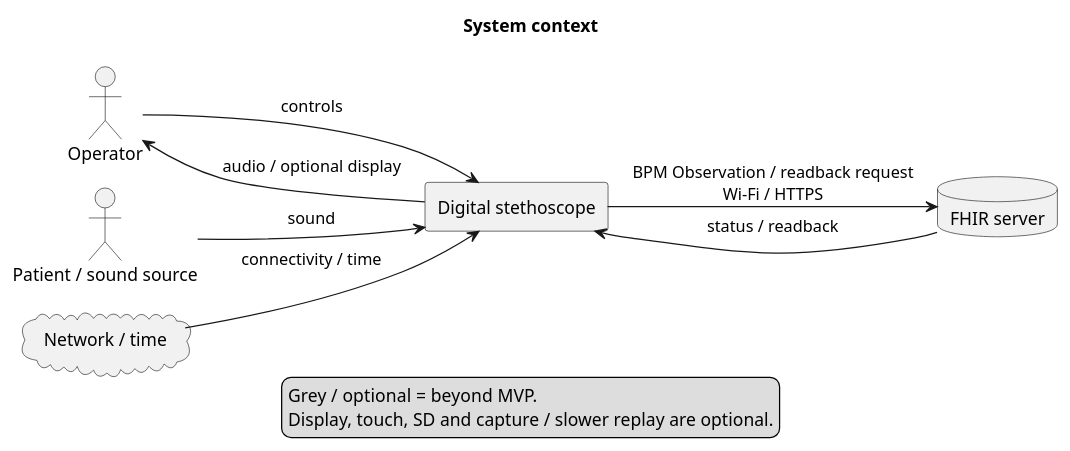
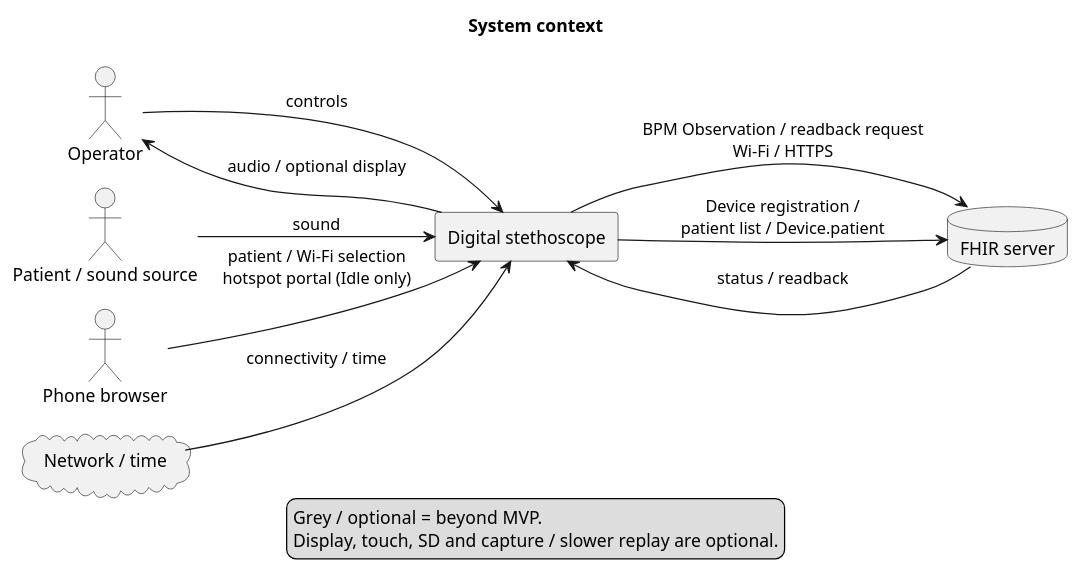
Before and after one commit to DemonicPsychoII/DigitalStethoscope: the diagram in Development/system/architecture/system-context.puml, drawn with PlantUML. The commit also changed 23 other files, not shown here.

```diff
--- a/Development/system/architecture/system-context.puml
+++ b/Development/system/architecture/system-context.puml
@@ -1,33 +1,36 @@
 @startuml system_context
 !pragma layout smetana
 skinparam shadowing false
 skinparam component {
  BackgroundColor<<optional>> #EEEEEE
  BorderColor<<optional>> #888888
  FontColor<<optional>> #666666
 }
 skinparam artifact {
  BackgroundColor<<optional>> #EEEEEE
  BorderColor<<optional>> #888888
  FontColor<<optional>> #666666
 }
 skinparam componentStyle rectangle
 skinparam defaultFontName SansSerif
 title System context
 left to right direction
 actor "Operator" as operator
 actor "Patient / sound source" as source
+actor "Phone browser" as phone
 rectangle "Digital stethoscope" as device
 database "FHIR server" as fhir
 cloud "Network / time" as net
 source --> device : sound
 operator --> device : controls
 device --> operator : audio / optional display
 device --> fhir : BPM Observation / readback request\nWi-Fi / HTTPS
 fhir --> device : status / readback
 net --> device : connectivity / time
+phone --> device : patient / Wi-Fi selection\nhotspot portal (Idle only)
+device --> fhir : Device registration /\npatient list / Device.patient
 legend bottom
   Grey / optional = beyond MVP.
   Display, touch, SD and capture / slower replay are optional.
 endlegend
 @enduml
```
